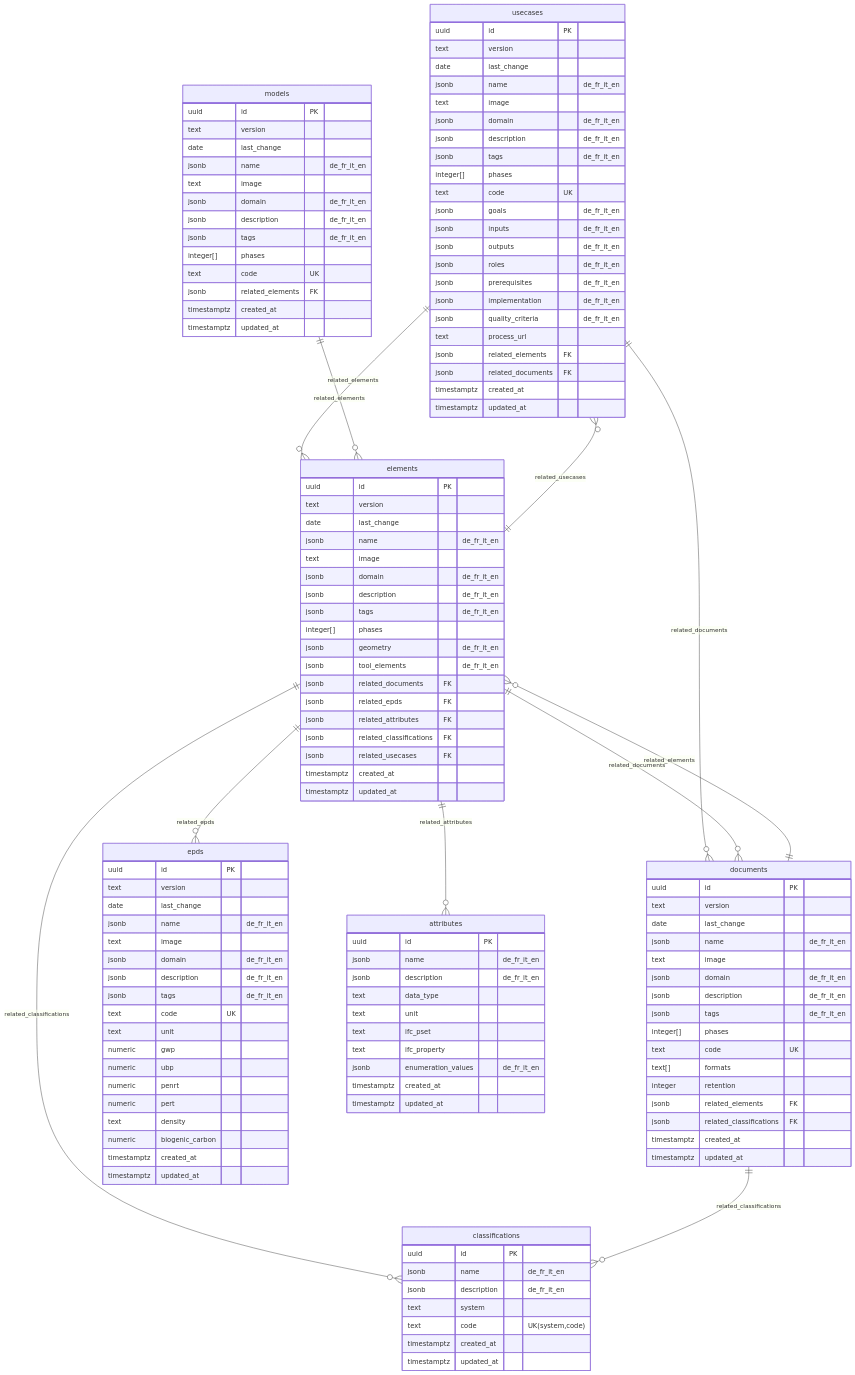
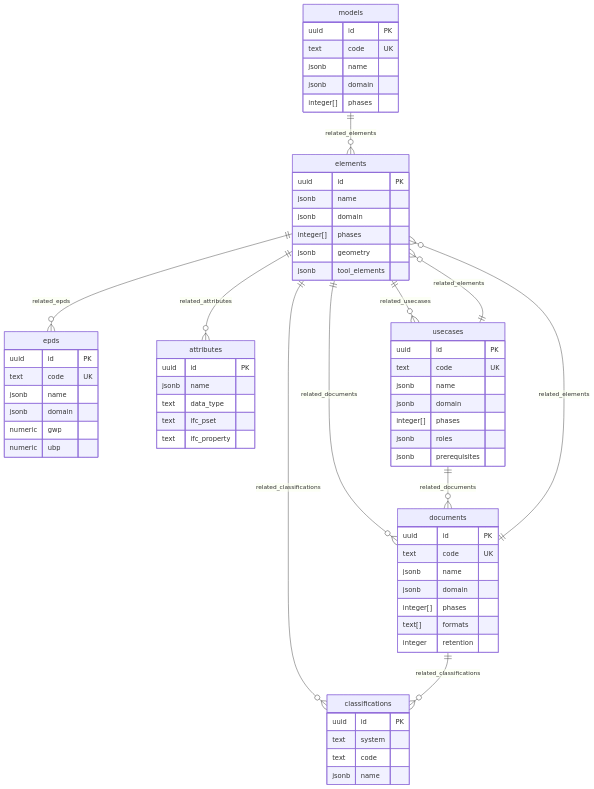
Before and after one commit to davras5/kbob-fdk: the diagram in documentation/DATAMODEL.md, drawn with Mermaid. The commit also changed other lines of this file, not shown here.

````diff
--- a/documentation/DATAMODEL.md
+++ b/documentation/DATAMODEL.md
@@ -55,138 +66,77 @@
 ```mermaid
 erDiagram
+    elements ||--o{ documents : "related_documents"
+    elements ||--o{ epds : "related_epds"
+    elements ||--o{ attributes : "related_attributes"
+    elements ||--o{ classifications : "related_classifications"
+    elements ||--o{ usecases : "related_usecases"
+    
+    documents ||--o{ elements : "related_elements"
+    documents ||--o{ classifications : "related_classifications"
+    
     usecases ||--o{ elements : "related_elements"
     usecases ||--o{ documents : "related_documents"
-    elements ||--o{ epds : "related_epds"
-    elements ||--o{ documents : "related_documents"
-    elements ||--o{ attributes : "related_attributes"
-    elements ||--o{ classifications : "related_classifications"
-    documents ||--o{ elements : "related_elements"
-    documents ||--o{ classifications : "related_classifications"
+    
     models ||--o{ elements : "related_elements"
-    elements ||--o{ usecases : "related_usecases"
 
     elements {
         uuid id PK
-        text version
-        date last_change
-        jsonb name "de_fr_it_en"
-        text image
-        jsonb domain "de_fr_it_en"
-        jsonb description "de_fr_it_en"
-        jsonb tags "de_fr_it_en"
+        jsonb name
+        jsonb domain
         integer[] phases
-        jsonb geometry "de_fr_it_en"
-        jsonb tool_elements "de_fr_it_en"
-        jsonb related_documents FK
-        jsonb related_epds FK
-        jsonb related_attributes FK
-        jsonb related_classifications FK
-        jsonb related_usecases FK
-        timestamptz created_at
-        timestamptz updated_at
+        jsonb geometry
+        jsonb tool_elements
     }
 
     documents {
         uuid id PK
-        text version
-        date last_change
-        jsonb name "de_fr_it_en"
-        text image
-        jsonb domain "de_fr_it_en"
-        jsonb description "de_fr_it_en"
-        jsonb tags "de_fr_it_en"
+        text code UK
+        jsonb name
+        jsonb domain
         integer[] phases
-        text code UK
         text[] formats
         integer retention
-        jsonb related_elements FK
-        jsonb related_classifications FK
-        timestamptz created_at
-        timestamptz updated_at
     }
 
     usecases {
         uuid id PK
-        text version
-        date last_change
-        jsonb name "de_fr_it_en"
-        text image
-        jsonb domain "de_fr_it_en"
-        jsonb description "de_fr_it_en"
-        jsonb tags "de_fr_it_en"
+        text code UK
+        jsonb name
+        jsonb domain
         integer[] phases
-        text code UK
-        jsonb goals "de_fr_it_en"
-        jsonb inputs "de_fr_it_en"
-        jsonb outputs "de_fr_it_en"
-        jsonb roles "de_fr_it_en"
-        jsonb prerequisites "de_fr_it_en"
-        jsonb implementation "de_fr_it_en"
-        jsonb quality_criteria "de_fr_it_en"
-        text process_url
-        jsonb related_elements FK
-        jsonb related_documents FK
-        timestamptz created_at
-        timestamptz updated_at
+        jsonb roles
+        jsonb prerequisites
     }
 
     models {
         uuid id PK
-        text version
-        date last_change
-        jsonb name "de_fr_it_en"
-        text image
-        jsonb domain "de_fr_it_en"
-        jsonb description "de_fr_it_en"
-        jsonb tags "de_fr_it_en"
+        text code UK
+        jsonb name
+        jsonb domain
         integer[] phases
-        text code UK
-        jsonb related_elements FK
-        timestamptz created_at
-        timestamptz updated_at
     }
 
     epds {
         uuid id PK
-        text version
-        date last_change
-        jsonb name "de_fr_it_en"
-        text image
-        jsonb domain "de_fr_it_en"
-        jsonb description "de_fr_it_en"
-        jsonb tags "de_fr_it_en"
         text code UK
-        text unit
+        jsonb name
+        jsonb domain
         numeric gwp
         numeric ubp
-        numeric penrt
-        numeric pert
-        text density
-        numeric biogenic_carbon
-        timestamptz created_at
-        timestamptz updated_at
     }
 
     attributes {
         uuid id PK
-        jsonb name "de_fr_it_en"
-        jsonb description "de_fr_it_en"
+        jsonb name
         text data_type
-        text unit
         text ifc_pset
         text ifc_property
-        jsonb enumeration_values "de_fr_it_en"
-        timestamptz created_at
-        timestamptz updated_at
     }
 
     classifications {
         uuid id PK
-        jsonb name "de_fr_it_en"
-        jsonb description "de_fr_it_en"
         text system
-        text code "UK(system,code)"
-        timestamptz created_at
-        timestamptz updated_at
+        text code
+        jsonb name
     }
 ```
````
